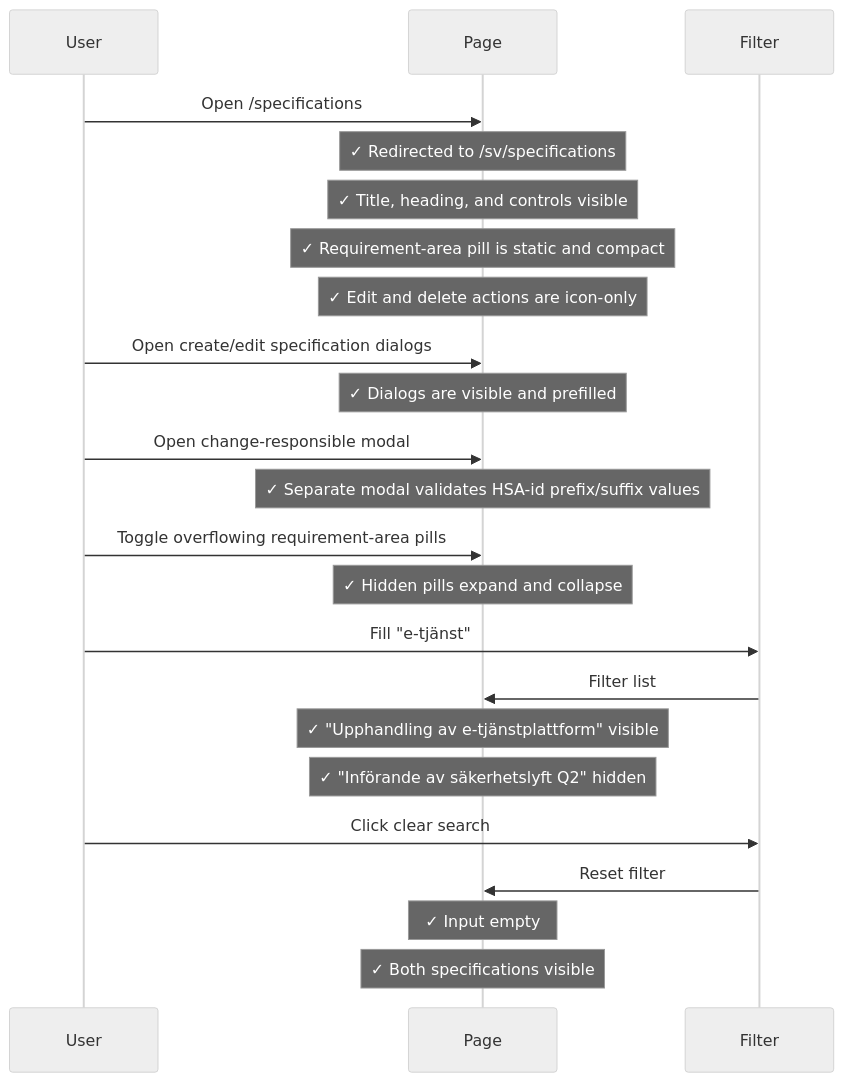
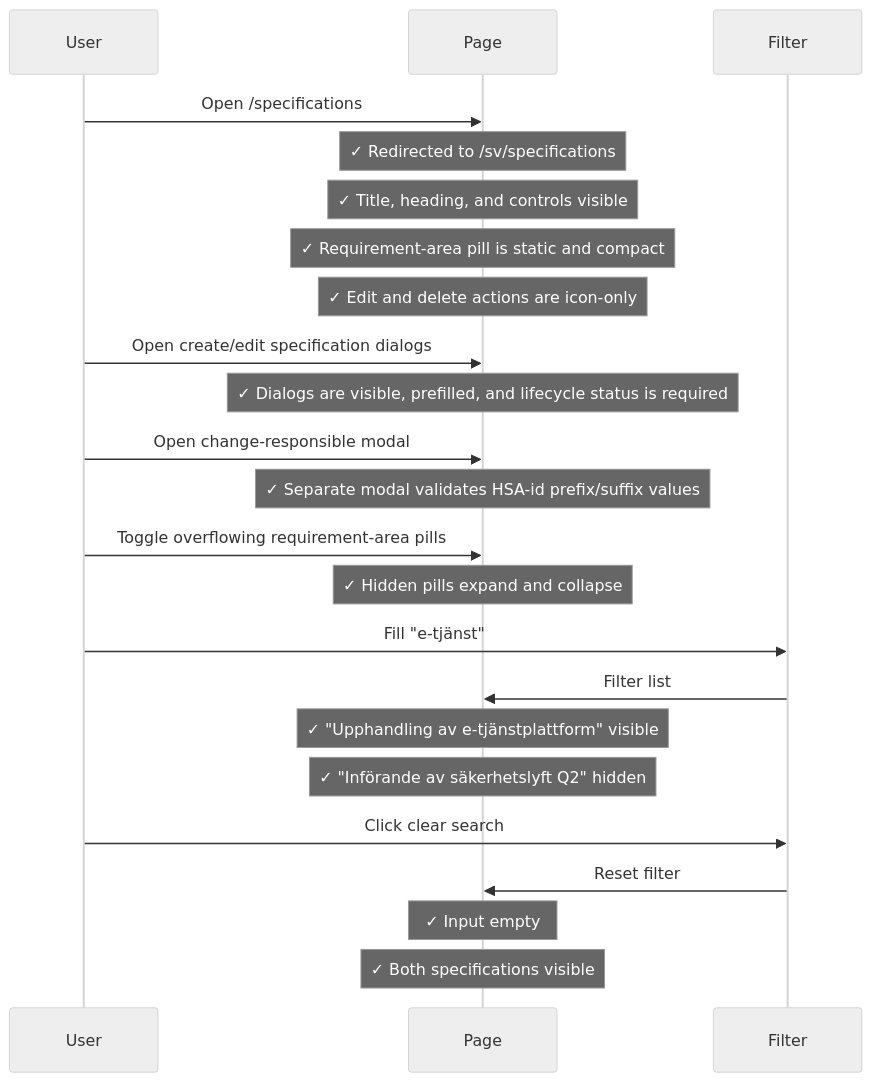
Before and after one commit to viscalyx/Kravhantering: the second of 3 diagrams in tests/integration/specifications-list.md, drawn with Mermaid (neutral theme). The commit also changed other lines of this file and 19 other files, not shown here.

Commit message:
fix: require specification lifecycle status in creation and updates, enhance related validations and documentation

````diff
--- a/tests/integration/specifications-list.md
+++ b/tests/integration/specifications-list.md
@@ -86,26 +89,26 @@
 ```mermaid
 sequenceDiagram
     participant U as User
     participant P as Page
     participant F as Filter
 
     U->>P: Open /specifications
     Note over P: ✓ Redirected to /sv/specifications
     Note over P: ✓ Title, heading, and controls visible
     Note over P: ✓ Requirement-area pill is static and compact
     Note over P: ✓ Edit and delete actions are icon-only
     U->>P: Open create/edit specification dialogs
-    Note over P: ✓ Dialogs are visible and prefilled
+    Note over P: ✓ Dialogs are visible, prefilled, and lifecycle status is required
     U->>P: Open change-responsible modal
     Note over P: ✓ Separate modal validates HSA-id prefix/suffix values
     U->>P: Toggle overflowing requirement-area pills
     Note over P: ✓ Hidden pills expand and collapse
     U->>F: Fill "e-tjänst"
     F->>P: Filter list
     Note over P: ✓ "Upphandling av e-tjänstplattform" visible
     Note over P: ✓ "Införande av säkerhetslyft Q2" hidden
     U->>F: Click clear search
     F->>P: Reset filter
     Note over P: ✓ Input empty
     Note over P: ✓ Both specifications visible
 ```
````
